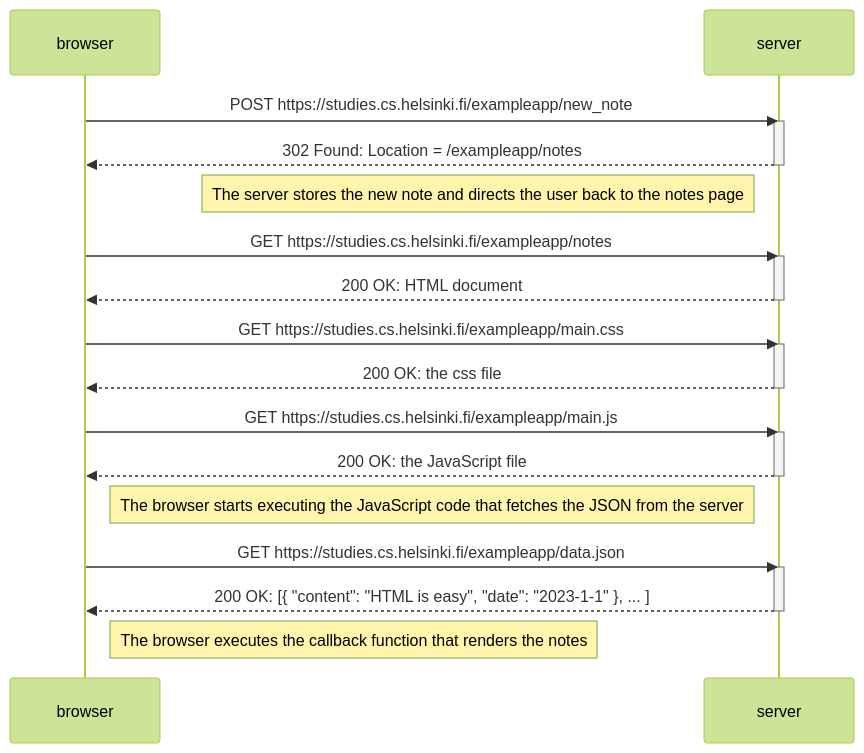
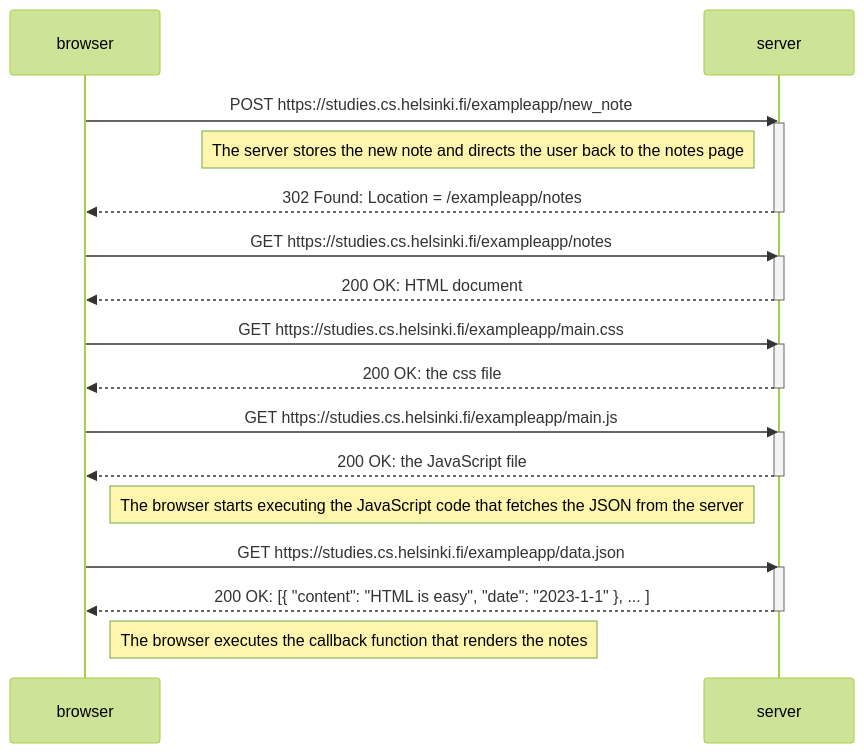
Before and after one commit to jmetsala/full_stack_open: the diagram in part_0/task_4_uusi_muistiinpano.md, drawn with Mermaid (forest theme).

Commit message:
Move note to a better location

````diff
--- a/part_0/task_4_uusi_muistiinpano.md
+++ b/part_0/task_4_uusi_muistiinpano.md
@@ -1,36 +1,35 @@
 ```mermaid
 sequenceDiagram
     participant browser
     participant server
 
     browser->>server: POST https://studies.cs.helsinki.fi/exampleapp/new_note
     activate server
+    Note left of server: The server stores the new note and directs the user back to the notes page
     server-->>browser: 302 Found: Location = /exampleapp/notes
     deactivate server
-
-    Note left of server: The server stores the new note and directs the user back to the notes page
 
     browser->>server: GET https://studies.cs.helsinki.fi/exampleapp/notes
     activate server
     server-->>browser: 200 OK: HTML document
     deactivate server
 
     browser->>server: GET https://studies.cs.helsinki.fi/exampleapp/main.css
     activate server
     server-->>browser: 200 OK: the css file
     deactivate server
 
     browser->>server: GET https://studies.cs.helsinki.fi/exampleapp/main.js
     activate server
     server-->>browser: 200 OK: the JavaScript file
     deactivate server
 
     Note right of browser: The browser starts executing the JavaScript code that fetches the JSON from the server
 
     browser->>server: GET https://studies.cs.helsinki.fi/exampleapp/data.json
     activate server
     server-->>browser: 200 OK: [{ "content": "HTML is easy", "date": "2023-1-1" }, ... ]
     deactivate server    
 
     Note right of browser: The browser executes the callback function that renders the notes
 ```
````
